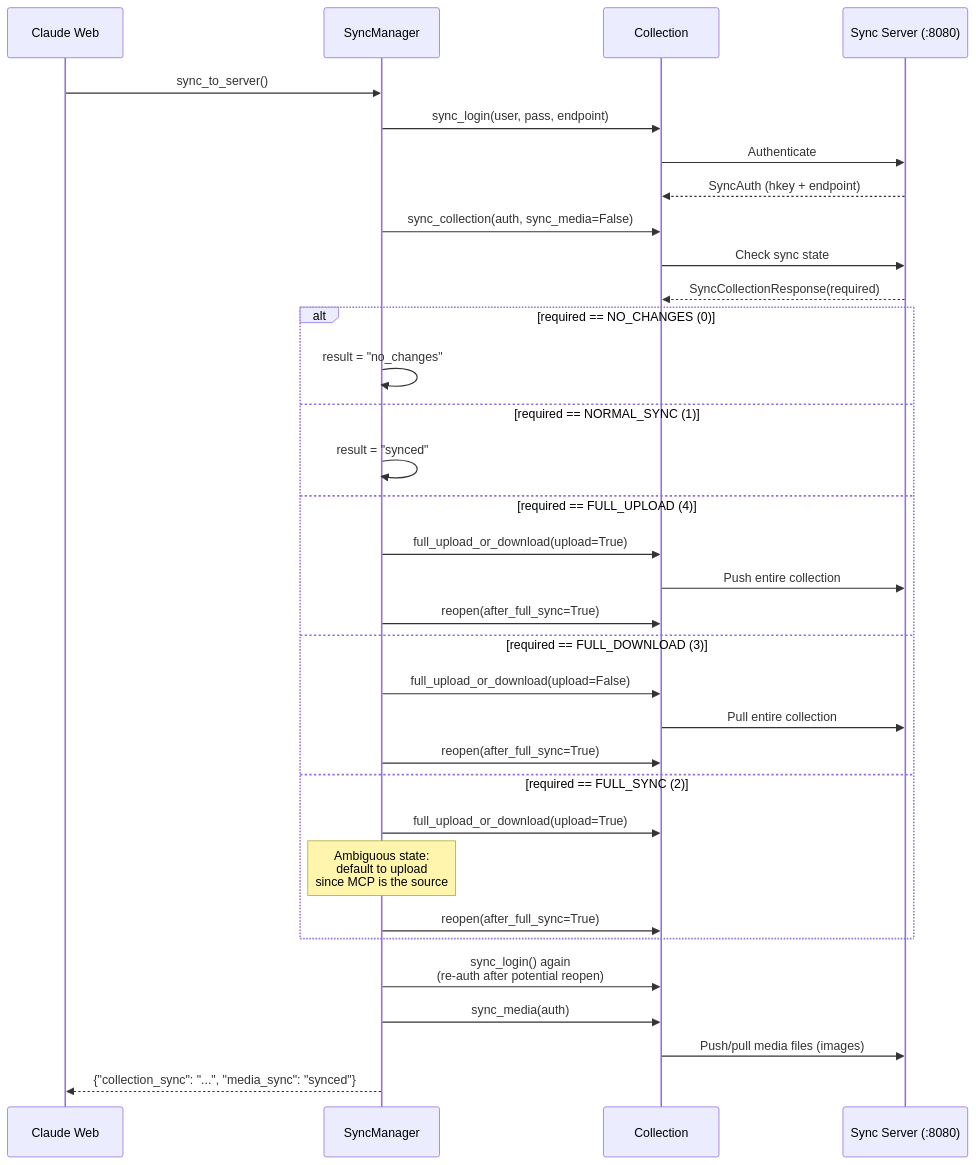
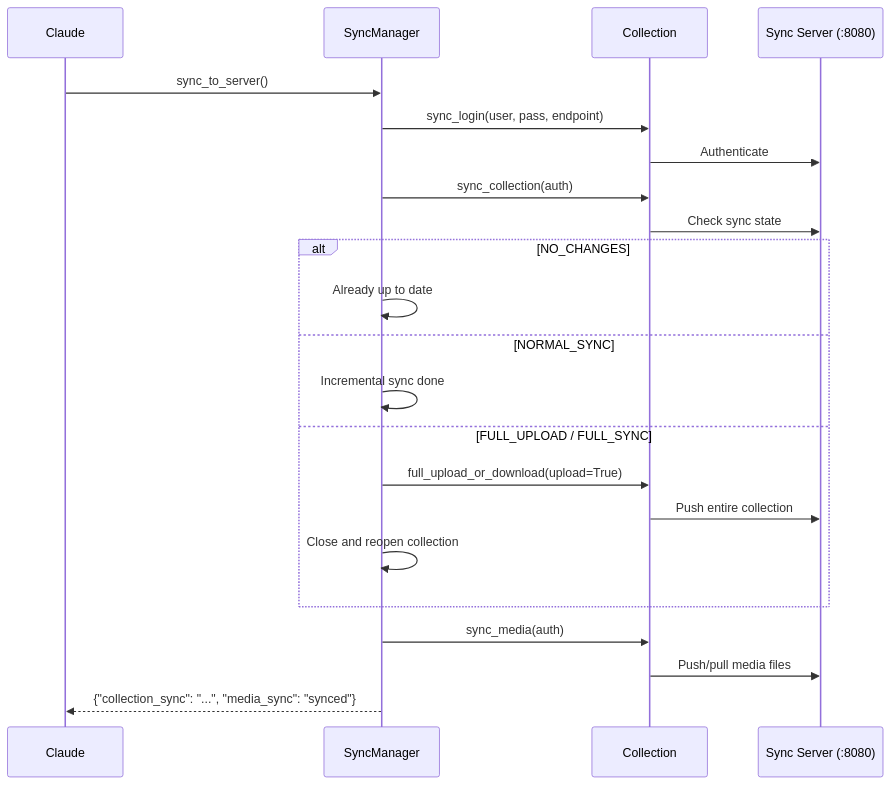
The fifth of 7 diagrams in README.md (ThiagoLira/anki-mcp-manga), drawn with Mermaid before and after one commit. The commit also changed other lines of this file, not shown here.

First line of the commit message:
Rewrite README with comprehensive setup and architecture docs

````diff
--- a/README.md
+++ b/README.md
@@ -179,41 +279,27 @@
 ```mermaid
 sequenceDiagram
-    participant C as Claude Web
+    participant C as Claude
     participant SM as SyncManager
     participant COL as Collection
     participant SS as Sync Server (:8080)
 
     C->>SM: sync_to_server()
-
     SM->>COL: sync_login(user, pass, endpoint)
     COL->>SS: Authenticate
-    SS-->>COL: SyncAuth (hkey + endpoint)
+    SM->>COL: sync_collection(auth)
+    COL->>SS: Check sync state
 
-    SM->>COL: sync_collection(auth, sync_media=False)
-    COL->>SS: Check sync state
-    SS-->>COL: SyncCollectionResponse(required)
-
-    alt required == NO_CHANGES (0)
-        SM->>SM: result = "no_changes"
-    else required == NORMAL_SYNC (1)
-        SM->>SM: result = "synced"
-    else required == FULL_UPLOAD (4)
+    alt NO_CHANGES
+        SM->>SM: Already up to date
+    else NORMAL_SYNC
+        SM->>SM: Incremental sync done
+    else FULL_UPLOAD / FULL_SYNC
         SM->>COL: full_upload_or_download(upload=True)
         COL->>SS: Push entire collection
-        SM->>COL: reopen(after_full_sync=True)
-    else required == FULL_DOWNLOAD (3)
-        SM->>COL: full_upload_or_download(upload=False)
-        COL->>SS: Pull entire collection
-        SM->>COL: reopen(after_full_sync=True)
-    else required == FULL_SYNC (2)
-        SM->>COL: full_upload_or_download(upload=True)
-        Note over SM: Ambiguous state:<br/>default to upload<br/>since MCP is the source
-        SM->>COL: reopen(after_full_sync=True)
+        SM->>SM: Close and reopen collection
     end
 
-    SM->>COL: sync_login() again<br/>(re-auth after potential reopen)
     SM->>COL: sync_media(auth)
-    COL->>SS: Push/pull media files (images)
-
+    COL->>SS: Push/pull media files
     SM-->>C: {"collection_sync": "...", "media_sync": "synced"}
 ```
````
